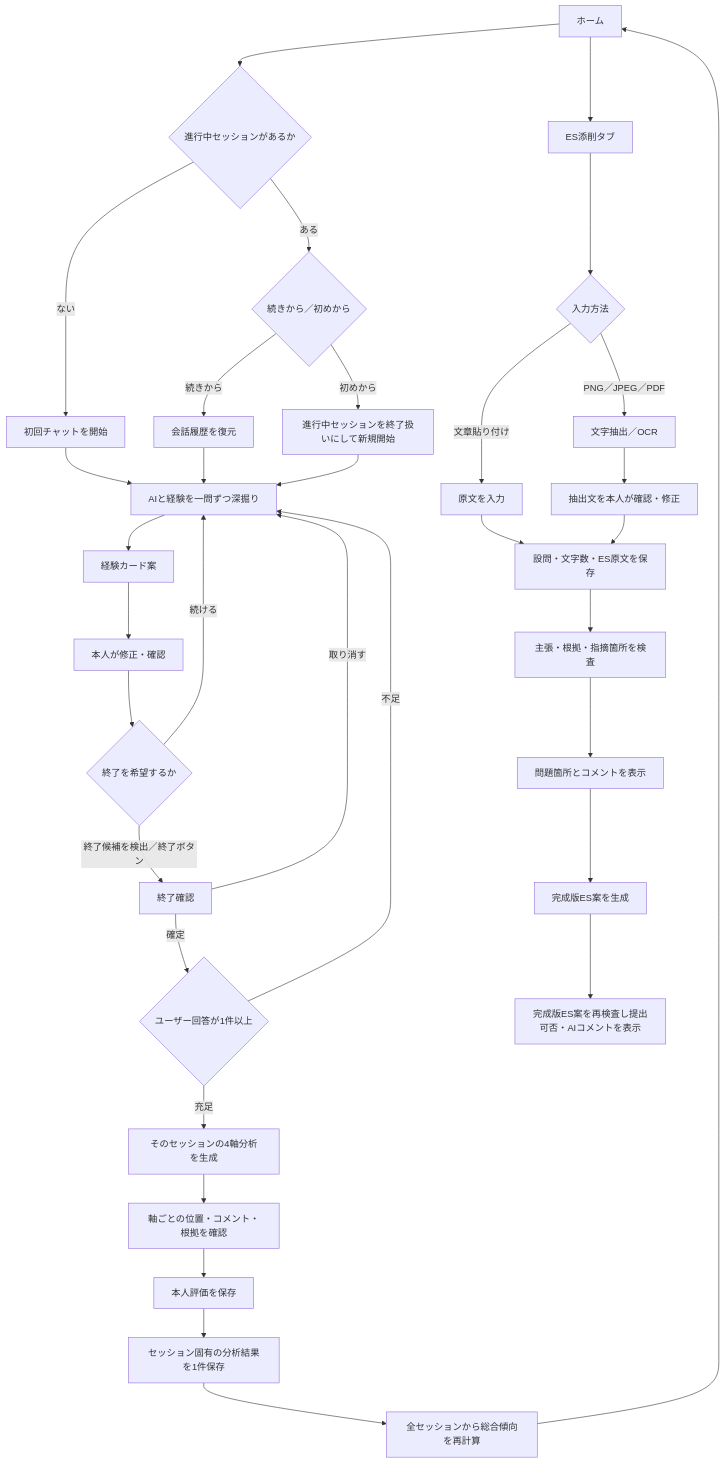
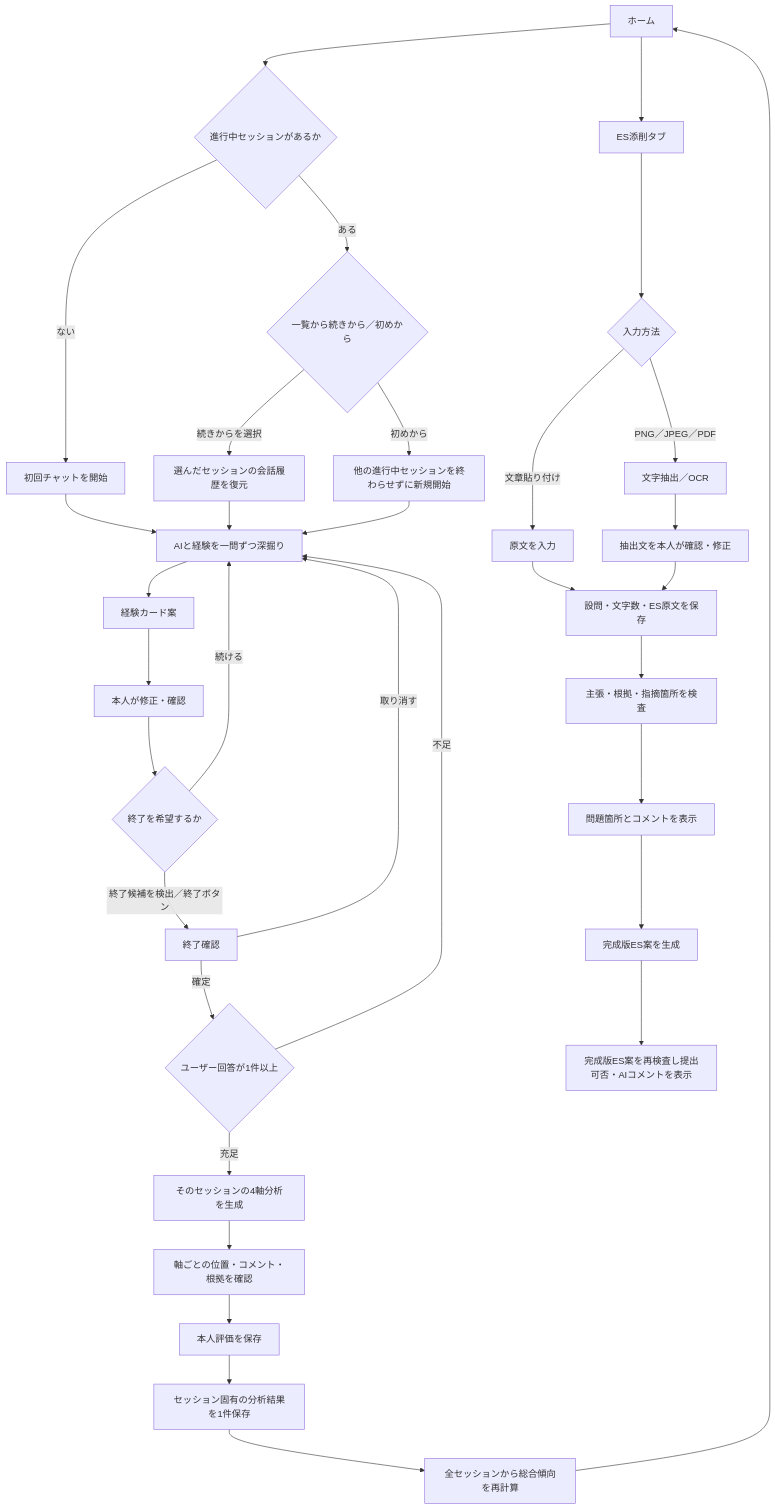
Before and after one commit to HACK-STAGE-STAGE2-teamG-YOZORA/Polaris: the diagram in docs/product-scope.md, drawn with Mermaid. The commit also changed other lines of this file and 22 other files, not shown here.

````diff
--- a/docs/product-scope.md
+++ b/docs/product-scope.md
@@ -34,37 +34,37 @@
 ```mermaid
 flowchart TD
     A["ホーム"] --> B{"進行中セッションがあるか"}
     B -- "ない" --> C["初回チャットを開始"]
-    B -- "ある" --> D{"続きから／初めから"}
-    D -- "続きから" --> E["会話履歴を復元"]
-    D -- "初めから" --> F["進行中セッションを終了扱いにして新規開始"]
+    B -- "ある" --> D{"一覧から続きから／初めから"}
+    D -- "続きからを選択" --> E["選んだセッションの会話履歴を復元"]
+    D -- "初めから" --> F["他の進行中セッションを終わらせずに新規開始"]
     C --> G["AIと経験を一問ずつ深掘り"]
     E --> G
     F --> G
     G --> H["経験カード案"]
     H --> I["本人が修正・確認"]
     I --> J{"終了を希望するか"}
     J -- "続ける" --> G
     J -- "終了候補を検出／終了ボタン" --> K["終了確認"]
     K -- "取り消す" --> G
     K -- "確定" --> L{"ユーザー回答が1件以上"}
     L -- "不足" --> G
     L -- "充足" --> M["そのセッションの4軸分析を生成"]
     M --> N["軸ごとの位置・コメント・根拠を確認"]
     N --> O["本人評価を保存"]
     O --> P["セッション固有の分析結果を1件保存"]
     P --> W["全セッションから総合傾向を再計算"]
     W --> A
 
     A --> Q["ES添削タブ"]
     Q --> R{"入力方法"}
     R -- "文章貼り付け" --> X["原文を入力"]
     R -- "PNG／JPEG／PDF" --> Y["文字抽出／OCR"]
     Y --> Z["抽出文を本人が確認・修正"]
     X --> AA["設問・文字数・ES原文を保存"]
     Z --> AA
     AA --> S["主張・根拠・指摘箇所を検査"]
     S --> T["問題箇所とコメントを表示"]
     T --> U["完成版ES案を生成"]
     U --> V["完成版ES案を再検査し提出可否・AIコメントを表示"]
 ```
````
